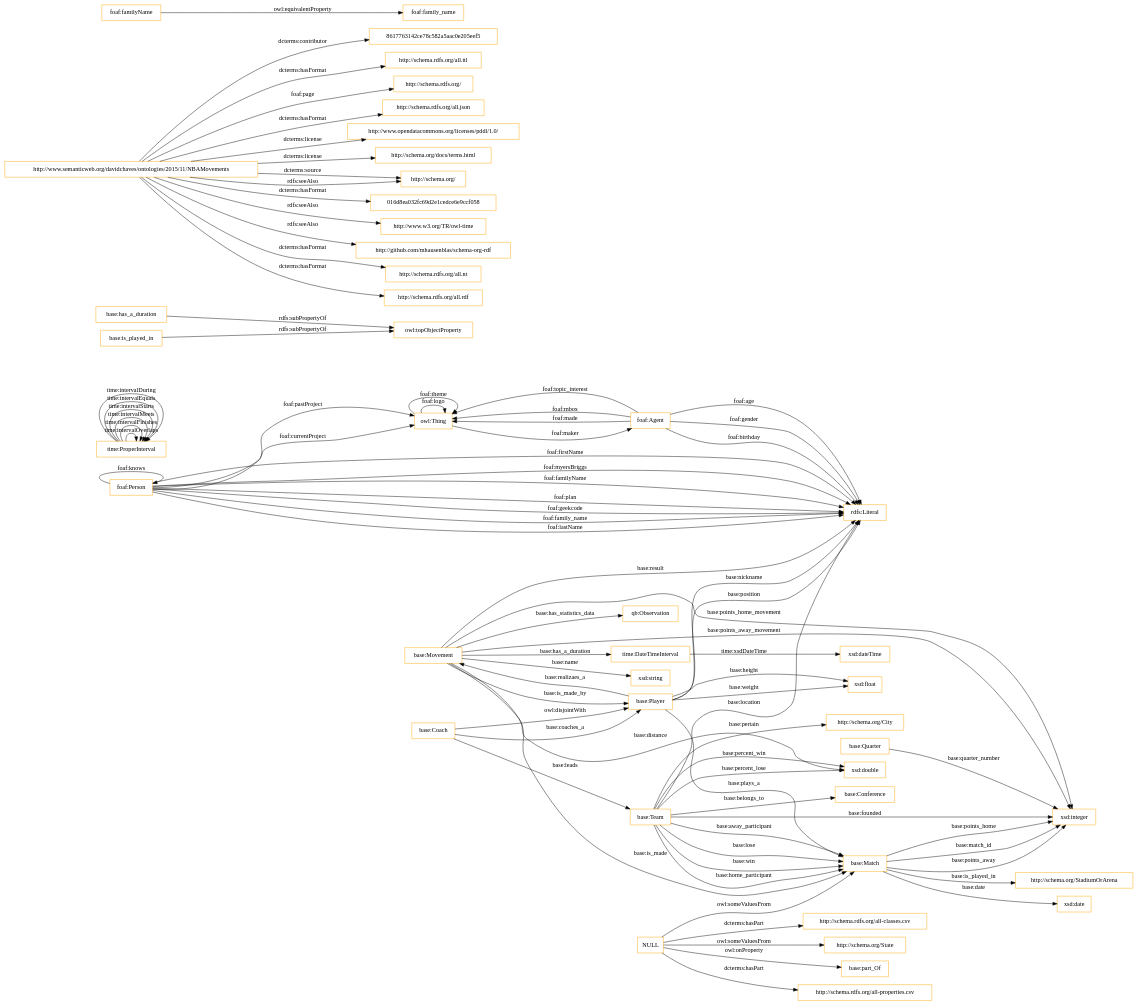
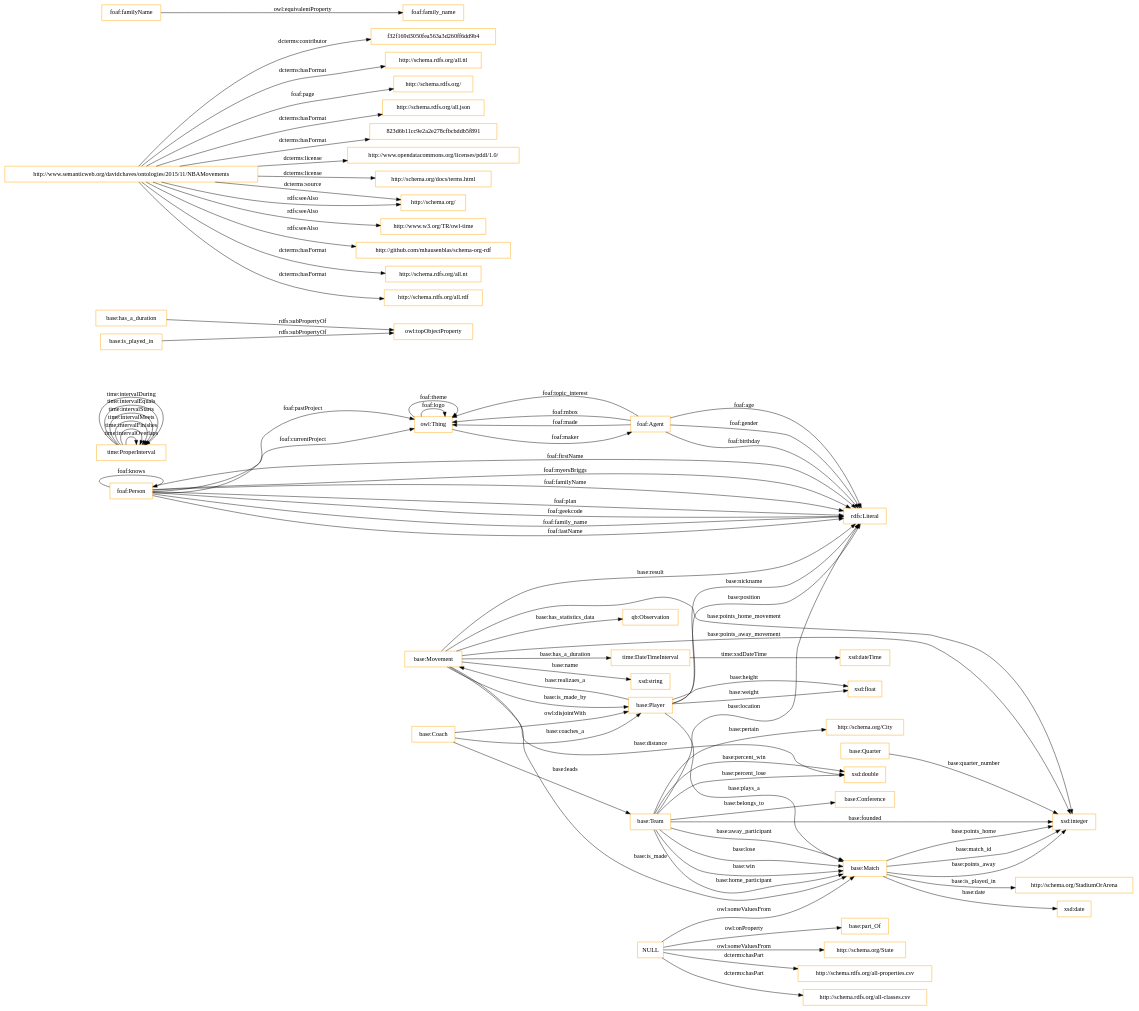
The diagram in OnToology/ontology/nba.ttl/diagrams/ar2dtool-class/nba.ttl.png.dot (OnToologyUser/nba-ontology), drawn with Graphviz before and after one commit. The commit also changed 23 other files, not shown here.

```diff
--- a/OnToology/ontology/nba.ttl/diagrams/ar2dtool-class/nba.ttl.png.dot
+++ b/OnToology/ontology/nba.ttl/diagrams/ar2dtool-class/nba.ttl.png.dot
@@ -1,87 +1,87 @@
 digraph ar2dtool_diagram { 
 rankdir=LR;
 size="1501"
 node [shape = rectangle, color="orange"]; "time:DateTimeInterval" "base:Team" "base:Coach" "time:ProperInterval" "http://schema.org/State" "http://schema.org/City" "foaf:Person" "base:Player" "base:Quarter" "http://schema.org/StadiumOrArena" "base:Match" "qb:Observation" "base:Movement" "base:Conference" ; /*classes style*/
 	"base:Coach" -> "base:Player" [ label = "owl:disjointWith" ];
 	"base:has_a_duration" -> "owl:topObjectProperty" [ label = "rdfs:subPropertyOf" ];
-	"http://www.semanticweb.org/davidchaves/ontologies/2015/11/NBAMovements" -> "8617763142ce78c582a5aac0e205eef5" [ label = "dcterms:contributor" ];
+	"http://www.semanticweb.org/davidchaves/ontologies/2015/11/NBAMovements" -> "f32f169d3050fea563a3d260ff6dd9b4" [ label = "dcterms:contributor" ];
 	"http://www.semanticweb.org/davidchaves/ontologies/2015/11/NBAMovements" -> "http://schema.rdfs.org/all.ttl" [ label = "dcterms:hasFormat" ];
 	"http://www.semanticweb.org/davidchaves/ontologies/2015/11/NBAMovements" -> "http://schema.rdfs.org/" [ label = "foaf:page" ];
 	"http://www.semanticweb.org/davidchaves/ontologies/2015/11/NBAMovements" -> "http://schema.rdfs.org/all.json" [ label = "dcterms:hasFormat" ];
+	"http://www.semanticweb.org/davidchaves/ontologies/2015/11/NBAMovements" -> "823d6b11cc9e2a2e278cfbcbddb5f891" [ label = "dcterms:hasFormat" ];
 	"http://www.semanticweb.org/davidchaves/ontologies/2015/11/NBAMovements" -> "http://www.opendatacommons.org/licenses/pddl/1.0/" [ label = "dcterms:license" ];
 	"http://www.semanticweb.org/davidchaves/ontologies/2015/11/NBAMovements" -> "http://schema.org/docs/terms.html" [ label = "dcterms:license" ];
 	"http://www.semanticweb.org/davidchaves/ontologies/2015/11/NBAMovements" -> "http://schema.org/" [ label = "dcterms:source" ];
-	"http://www.semanticweb.org/davidchaves/ontologies/2015/11/NBAMovements" -> "016d8ea032fc69d2e1cedce6e9ccf058" [ label = "dcterms:hasFormat" ];
 	"http://www.semanticweb.org/davidchaves/ontologies/2015/11/NBAMovements" -> "http://www.w3.org/TR/owl-time" [ label = "rdfs:seeAlso" ];
 	"http://www.semanticweb.org/davidchaves/ontologies/2015/11/NBAMovements" -> "http://schema.org/" [ label = "rdfs:seeAlso" ];
 	"http://www.semanticweb.org/davidchaves/ontologies/2015/11/NBAMovements" -> "http://github.com/mhausenblas/schema-org-rdf" [ label = "rdfs:seeAlso" ];
 	"http://www.semanticweb.org/davidchaves/ontologies/2015/11/NBAMovements" -> "http://schema.rdfs.org/all.nt" [ label = "dcterms:hasFormat" ];
 	"http://www.semanticweb.org/davidchaves/ontologies/2015/11/NBAMovements" -> "http://schema.rdfs.org/all.rdf" [ label = "dcterms:hasFormat" ];
 	"base:is_played_in" -> "owl:topObjectProperty" [ label = "rdfs:subPropertyOf" ];
 	"foaf:familyName" -> "foaf:family_name" [ label = "owl:equivalentProperty" ];
 	"NULL" -> "base:Match" [ label = "owl:someValuesFrom" ];
+	"NULL" -> "http://schema.rdfs.org/all-properties.csv" [ label = "dcterms:hasPart" ];
+	"NULL" -> "http://schema.rdfs.org/all-classes.csv" [ label = "dcterms:hasPart" ];
 	"NULL" -> "http://schema.org/State" [ label = "owl:someValuesFrom" ];
 	"NULL" -> "base:part_Of" [ label = "owl:onProperty" ];
-	"NULL" -> "http://schema.rdfs.org/all-properties.csv" [ label = "dcterms:hasPart" ];
-	"NULL" -> "http://schema.rdfs.org/all-classes.csv" [ label = "dcterms:hasPart" ];
 	"base:Team" -> "http://schema.org/City" [ label = "base:pertain" ];
 	"base:Match" -> "xsd:integer" [ label = "base:points_away" ];
 	"base:Movement" -> "xsd:string" [ label = "base:name" ];
 	"base:Player" -> "rdfs:Literal" [ label = "base:position" ];
 	"base:Team" -> "xsd:integer" [ label = "base:founded" ];
 	"base:Player" -> "xsd:float" [ label = "base:weight" ];
 	"base:Movement" -> "base:Match" [ label = "base:is_made" ];
 	"base:Movement" -> "base:Player" [ label = "base:is_made_by" ];
 	"base:Team" -> "base:Match" [ label = "base:away_participant" ];
 	"foaf:Person" -> "owl:Thing" [ label = "foaf:pastProject" ];
 	"time:ProperInterval" -> "time:ProperInterval" [ label = "time:intervalOverlaps" ];
 	"foaf:Person" -> "rdfs:Literal" [ label = "foaf:firstName" ];
 	"base:Player" -> "base:Movement" [ label = "base:realizaes_a" ];
 	"base:Team" -> "base:Conference" [ label = "base:belongs_to" ];
 	"time:DateTimeInterval" -> "xsd:dateTime" [ label = "time:xsdDateTime" ];
 	"foaf:Agent" -> "owl:Thing" [ label = "foaf:topic_interest" ];
 	"base:Match" -> "xsd:date" [ label = "base:date" ];
 	"base:Player" -> "rdfs:Literal" [ label = "base:nickname" ];
 	"base:Team" -> "rdfs:Literal" [ label = "base:location" ];
 	"base:Match" -> "xsd:integer" [ label = "base:points_home" ];
 	"base:Team" -> "xsd:double" [ label = "base:percent_win" ];
 	"foaf:Agent" -> "rdfs:Literal" [ label = "foaf:gender" ];
 	"base:Match" -> "xsd:integer" [ label = "base:match_id" ];
 	"base:Team" -> "base:Match" [ label = "base:lose" ];
 	"base:Movement" -> "xsd:integer" [ label = "base:points_away_movement" ];
 	"base:Movement" -> "rdfs:Literal" [ label = "base:result" ];
 	"base:Team" -> "base:Match" [ label = "base:win" ];
 	"base:Player" -> "xsd:float" [ label = "base:height" ];
 	"time:ProperInterval" -> "time:ProperInterval" [ label = "time:intervalFinishes" ];
 	"owl:Thing" -> "foaf:Agent" [ label = "foaf:maker" ];
 	"base:Team" -> "base:Match" [ label = "base:home_participant" ];
 	"base:Movement" -> "time:DateTimeInterval" [ label = "base:has_a_duration" ];
 	"foaf:Person" -> "rdfs:Literal" [ label = "foaf:myersBriggs" ];
 	"foaf:Person" -> "rdfs:Literal" [ label = "foaf:familyName" ];
 	"time:ProperInterval" -> "time:ProperInterval" [ label = "time:intervalMeets" ];
 	"base:Movement" -> "xsd:double" [ label = "base:distance" ];
 	"foaf:Agent" -> "owl:Thing" [ label = "foaf:mbox" ];
 	"foaf:Person" -> "foaf:Person" [ label = "foaf:knows" ];
 	"owl:Thing" -> "owl:Thing" [ label = "foaf:logo" ];
 	"owl:Thing" -> "owl:Thing" [ label = "foaf:theme" ];
 	"base:Coach" -> "base:Team" [ label = "base:leads" ];
 	"time:ProperInterval" -> "time:ProperInterval" [ label = "time:intervalStarts" ];
 	"foaf:Person" -> "rdfs:Literal" [ label = "foaf:plan" ];
 	"foaf:Person" -> "rdfs:Literal" [ label = "foaf:geekcode" ];
 	"base:Team" -> "xsd:double" [ label = "base:percent_lose" ];
 	"foaf:Person" -> "rdfs:Literal" [ label = "foaf:family_name" ];
 	"base:Movement" -> "qb:Observation" [ label = "base:has_statistics_data" ];
 	"base:Coach" -> "base:Player" [ label = "base:coaches_a" ];
 	"base:Movement" -> "xsd:integer" [ label = "base:points_home_movement" ];
 	"foaf:Agent" -> "owl:Thing" [ label = "foaf:made" ];
 	"foaf:Person" -> "owl:Thing" [ label = "foaf:currentProject" ];
 	"time:ProperInterval" -> "time:ProperInterval" [ label = "time:intervalEquals" ];
 	"time:ProperInterval" -> "time:ProperInterval" [ label = "time:intervalDuring" ];
 	"foaf:Person" -> "rdfs:Literal" [ label = "foaf:lastName" ];
 	"foaf:Agent" -> "rdfs:Literal" [ label = "foaf:birthday" ];
 	"base:Player" -> "base:Match" [ label = "base:plays_a" ];
 	"base:Match" -> "http://schema.org/StadiumOrArena" [ label = "base:is_played_in" ];
 	"foaf:Agent" -> "rdfs:Literal" [ label = "foaf:age" ];
 	"base:Quarter" -> "xsd:integer" [ label = "base:quarter_number" ];
 
 }
```
